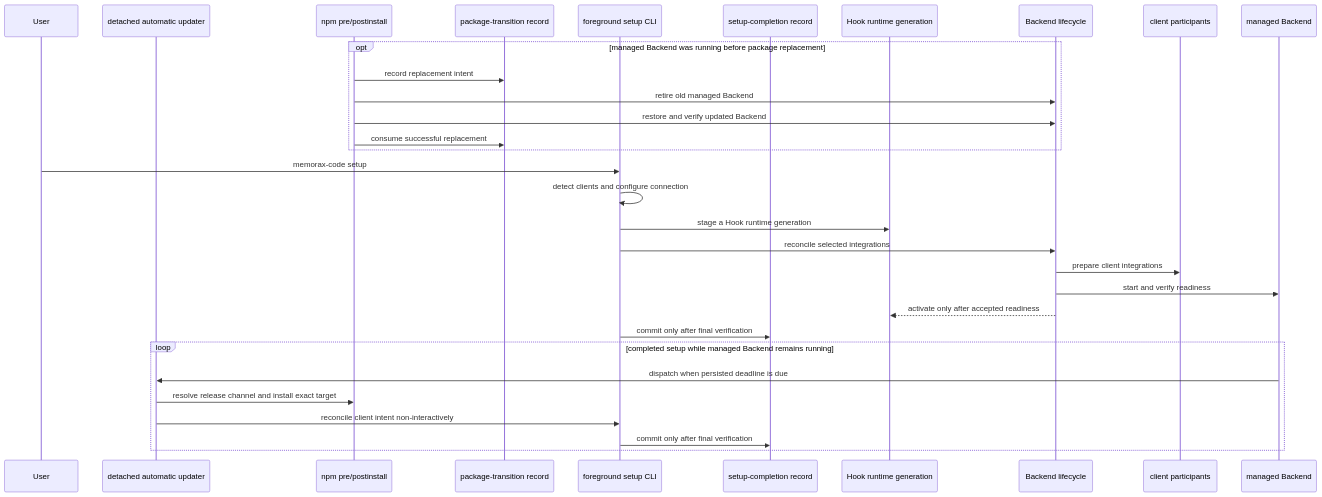
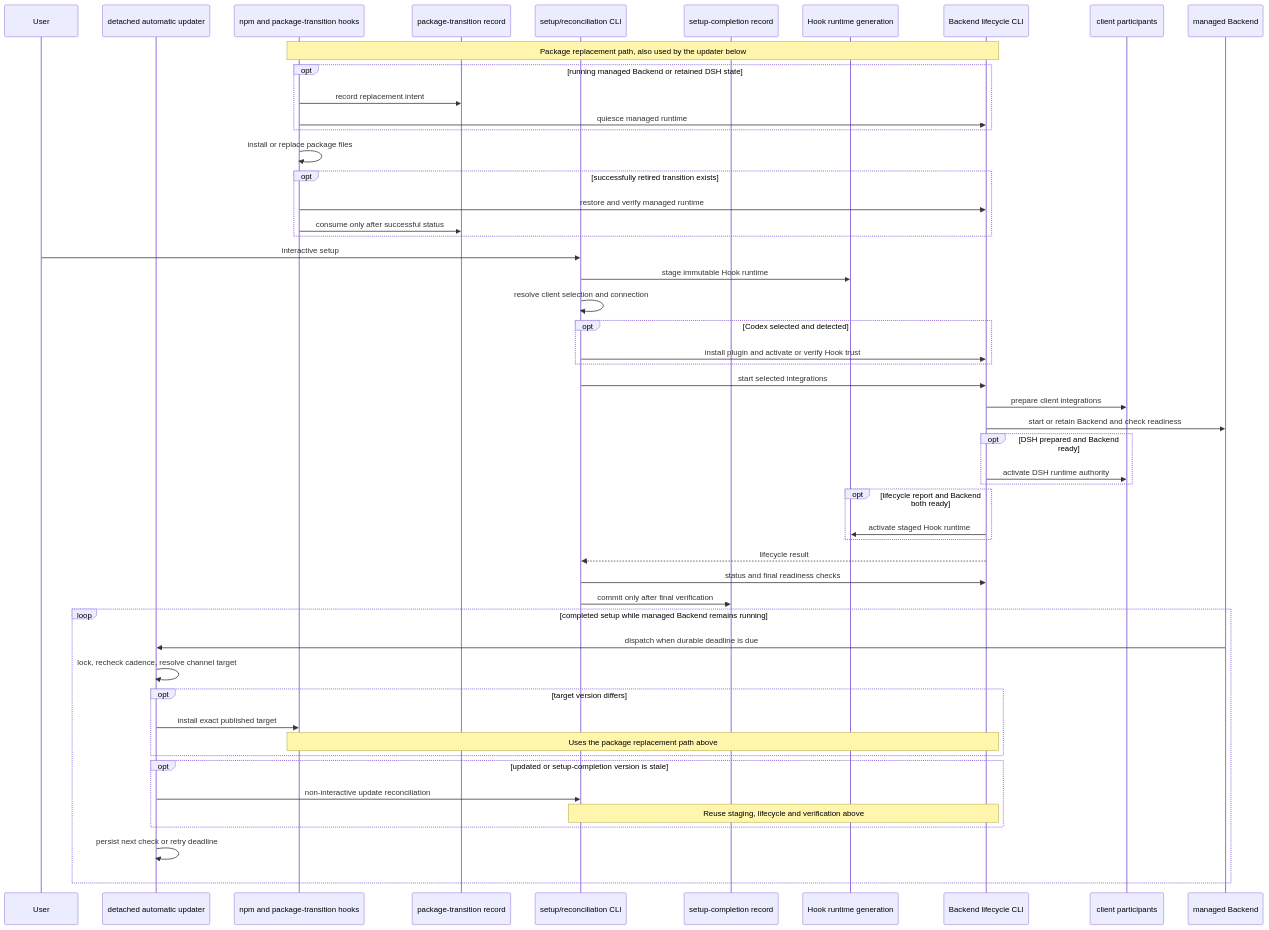
Before and after one commit to SimonEskildse/memorax-code: the second of 7 diagrams in ARCHITECTURE.md, drawn with Mermaid. The commit also changed other lines of this file and 4 other files, not shown here.

Commit message:
docs:(architecture) align runtime contracts and diagrams with implementation

````diff
--- a/ARCHITECTURE.md
+++ b/ARCHITECTURE.md
@@ -187,34 +195,57 @@
 ```mermaid
 sequenceDiagram
   participant User
   participant Update as detached automatic updater
-  participant NPM as npm pre/postinstall
+  participant NPM as npm and package-transition hooks
   participant Transition as package-transition record
-  participant Setup as foreground setup CLI
+  participant Setup as setup/reconciliation CLI
   participant Completion as setup-completion record
   participant Generation as Hook runtime generation
-  participant Lifecycle as Backend lifecycle
+  participant Lifecycle as Backend lifecycle CLI
   participant Participants as client participants
   participant Service as managed Backend
 
-  opt managed Backend was running before package replacement
+  Note over NPM,Lifecycle: Package replacement path, also used by the updater below
+  opt running managed Backend or retained DSH state
     NPM->>Transition: record replacement intent
-    NPM->>Lifecycle: retire old managed Backend
-    NPM->>Lifecycle: restore and verify updated Backend
-    NPM->>Transition: consume successful replacement
+    NPM->>Lifecycle: quiesce managed runtime
   end
-  User->>Setup: memorax-code setup
-  Setup->>Setup: detect clients and configure connection
-  Setup->>Generation: stage a Hook runtime generation
-  Setup->>Lifecycle: reconcile selected integrations
+  NPM->>NPM: install or replace package files
+  opt successfully retired transition exists
+    NPM->>Lifecycle: restore and verify managed runtime
+    NPM->>Transition: consume only after successful status
+  end
+
+  User->>Setup: interactive setup
+  Setup->>Generation: stage immutable Hook runtime
+  Setup->>Setup: resolve client selection and connection
+  opt Codex selected and detected
+    Setup->>Lifecycle: install plugin and activate or verify Hook trust
+  end
+  Setup->>Lifecycle: start selected integrations
   Lifecycle->>Participants: prepare client integrations
-  Lifecycle->>Service: start and verify readiness
-  Lifecycle-->>Generation: activate only after accepted readiness
+  Lifecycle->>Service: start or retain Backend and check readiness
+  opt DSH prepared and Backend ready
+    Lifecycle->>Participants: activate DSH runtime authority
+  end
+  opt lifecycle report and Backend both ready
+    Lifecycle->>Generation: activate staged Hook runtime
+  end
+  Lifecycle-->>Setup: lifecycle result
+  Setup->>Lifecycle: status and final readiness checks
   Setup->>Completion: commit only after final verification
+
   loop completed setup while managed Backend remains running
-    Service->>Update: dispatch when persisted deadline is due
-    Update->>NPM: resolve release channel and install exact target
-    Update->>Setup: reconcile client intent non-interactively
-    Setup->>Completion: commit only after final verification
+    Service->>Update: dispatch when durable deadline is due
+    Update->>Update: lock, recheck cadence, resolve channel target
+    opt target version differs
+      Update->>NPM: install exact published target
+      Note over NPM,Lifecycle: Uses the package replacement path above
+    end
+    opt updated or setup-completion version is stale
+      Update->>Setup: non-interactive update reconciliation
+      Note over Setup,Lifecycle: Reuse staging, lifecycle and verification above
+    end
+    Update->>Update: persist next check or retry deadline
   end
 ```
````
